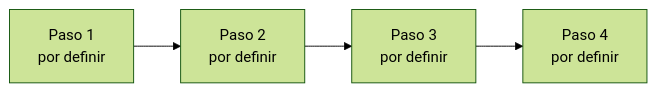
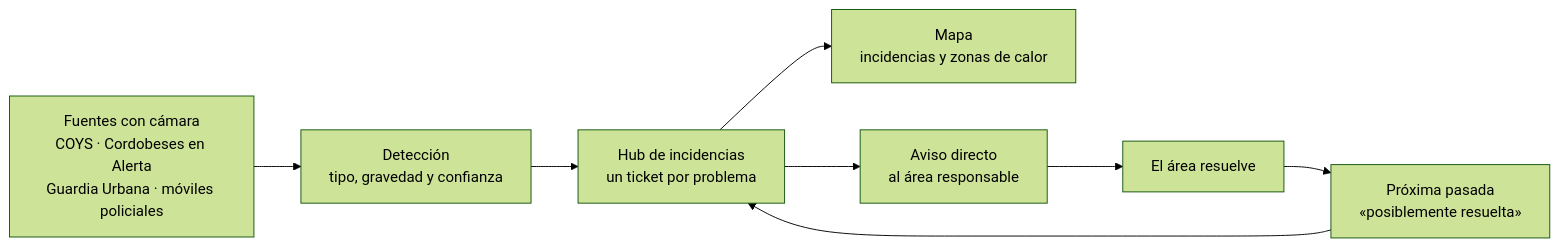
Before and after one commit to NachoSamo/Hack2theFuture-CordobaTechWeek: the first of 2 diagrams in README.md, drawn with Mermaid (forest theme). The commit also changed other lines of this file and 9 other files, not shown here.

````diff
--- a/README.md
+++ b/README.md
@@ -47,6 +60,10 @@
 ```mermaid
 flowchart LR
-    A[Paso 1<br/>por definir] --> B[Paso 2<br/>por definir]
-    B --> C[Paso 3<br/>por definir]
-    C --> D[Paso 4<br/>por definir]
+    A[Fuentes con cámara<br/>COYS · Cordobeses en Alerta<br/>Guardia Urbana · móviles policiales] --> B[Detección<br/>tipo, gravedad y confianza]
+    B --> C[Hub de incidencias<br/>un ticket por problema]
+    C --> D[Mapa<br/>incidencias y zonas de calor]
+    C --> E[Aviso directo<br/>al área responsable]
+    E --> F[El área resuelve]
+    F --> G[Próxima pasada<br/>«posiblemente resuelta»]
+    G --> C
 ```
````
